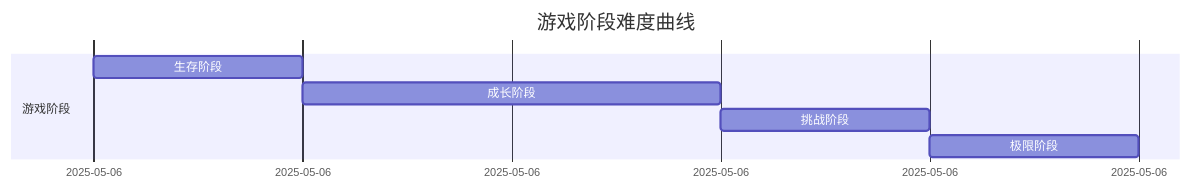
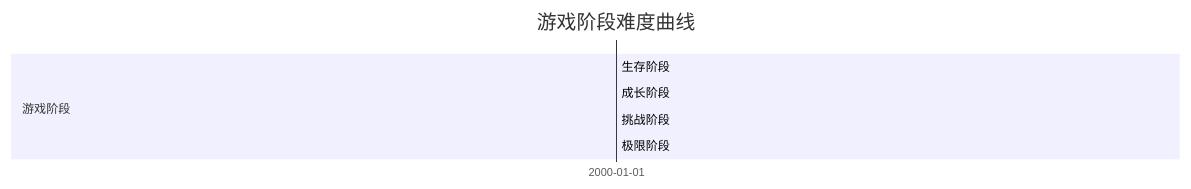
The diagram in _posts/2024-10-22-吸血鬼类游戏设计分析.md (thedeathsheep/pocaster.github.io), drawn with Mermaid before and after one commit. The commit also changed other lines of this file and 16 other files, not shown here.

```diff
--- a/_posts/2024-10-22-吸血鬼类游戏设计分析.md
+++ b/_posts/2024-10-22-吸血鬼类游戏设计分析.md
@@ -98,10 +97,9 @@
 <div class="mermaid">
 gantt
     title 游戏阶段难度曲线
-    dateFormat  HH:mm
     section 游戏阶段
-    生存阶段       :a1, 00:00, 5m
-    成长阶段       :a2, after a1, 10m
-    挑战阶段       :a3, after a2, 5m
-    极限阶段       :a4, after a3, 5m
+    生存阶段       :a1, 0, 5
+    成长阶段       :a2, after a1, 10
+    挑战阶段       :a3, after a2, 5
+    极限阶段       :a4, after a3, 5
 </div>
```
